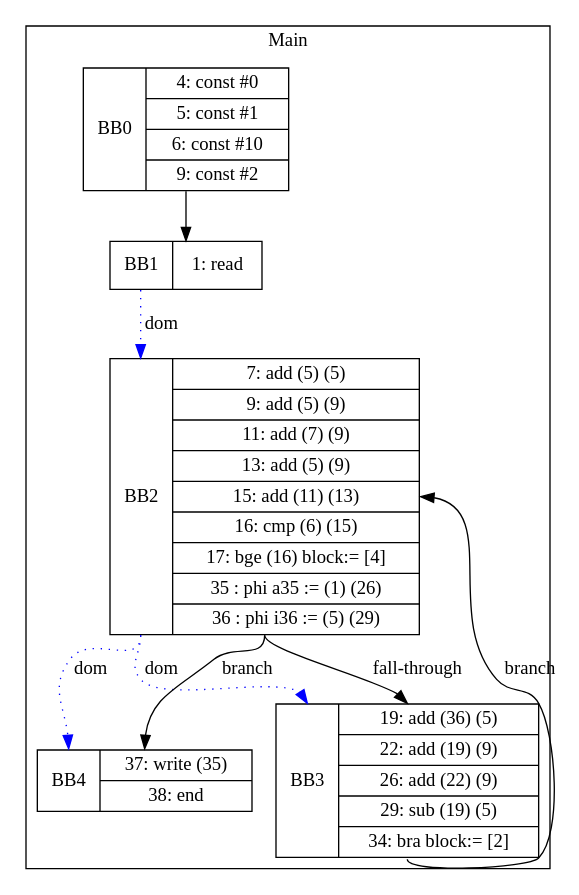
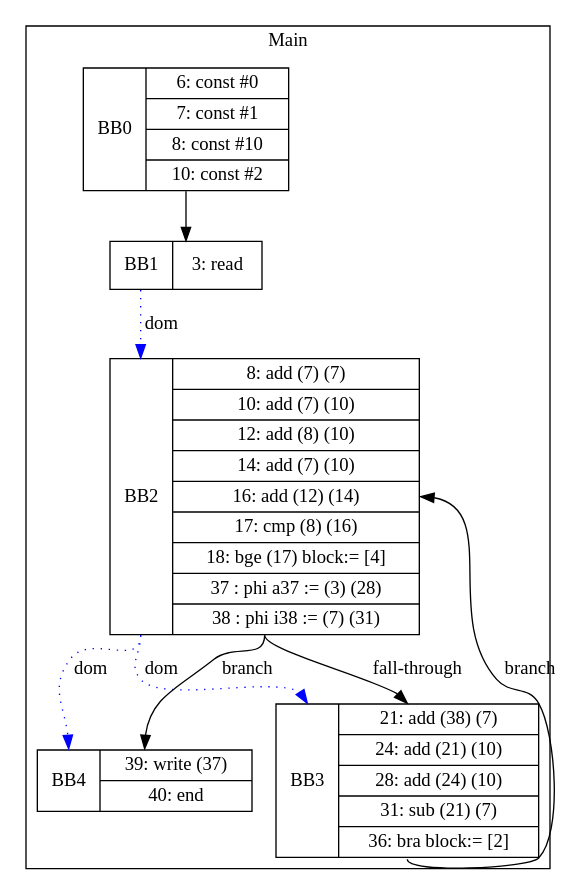
The diagram in visualization/Ricky/whileTests/whileCSERelations.gv (zjc664656505/UCI-CS241-Advanced-Compiler-main), drawn with Graphviz before and after one commit. The commit also changed 90 other files, not shown here.

```diff
--- a/visualization/Ricky/whileTests/whileCSERelations.gv
+++ b/visualization/Ricky/whileTests/whileCSERelations.gv
@@ -1,18 +1,18 @@
 digraph G {
 node [shape=record];
 subgraph cluster_main{
 label = "Main";
-BB0 [shape=record, label="<b>BB0|{4: const #0|5: const #1|6: const #10|9: const #2}"];
-BB1 [shape=record, label="<b>BB1|{1: read}"];
-BB2 [shape=record, label="<b>BB2|{7: add (5) (5)|9: add (5) (9)|11: add (7) (9)|13: add (5) (9)|15: add (11) (13)|16: cmp (6) (15)|17: bge (16) block:= [4]|35 : phi a35 := (1) (26)|36 : phi i36 := (5) (29)}"];
-BB3 [shape=record, label="<b>BB3|{19: add (36) (5)|22: add (19) (9)|26: add (22) (9)|29: sub (19) (5)|34: bra block:= [2]}"];
-BB4 [shape=record, label="<b>BB4|{37: write (35)|38: end}"];
+BB0 [shape=record, label="<b>BB0|{6: const #0|7: const #1|8: const #10|10: const #2}"];
+BB1 [shape=record, label="<b>BB1|{3: read}"];
+BB2 [shape=record, label="<b>BB2|{8: add (7) (7)|10: add (7) (10)|12: add (8) (10)|14: add (7) (10)|16: add (12) (14)|17: cmp (8) (16)|18: bge (17) block:= [4]|37 : phi a37 := (3) (28)|38 : phi i38 := (7) (31)}"];
+BB3 [shape=record, label="<b>BB3|{21: add (38) (7)|24: add (21) (10)|28: add (24) (10)|31: sub (21) (7)|36: bra block:= [2]}"];
+BB4 [shape=record, label="<b>BB4|{39: write (37)|40: end}"];
 }
 BB0:s -> BB1:n ;
 BB2:b -> BB3:b [color=blue, style=dotted, label="dom"];
 BB2:b -> BB4:b [color=blue, style=dotted, label="dom"];
 BB1:b -> BB2:b [color=blue, style=dotted, label="dom"];
 BB2:s -> BB4:n [label="branch"];
 BB3:s -> BB2:e [label="branch"];
 BB2:s -> BB3:n [label="fall-through"];
 }
```
